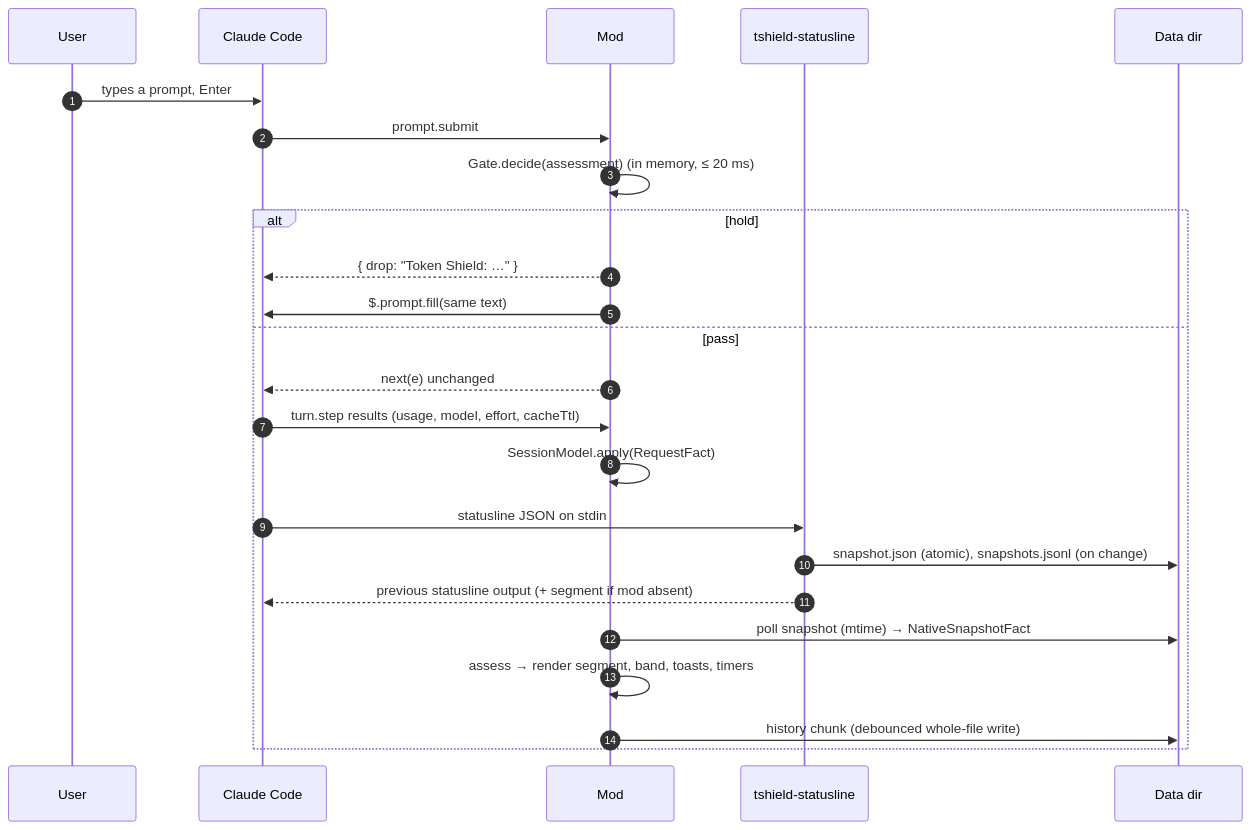
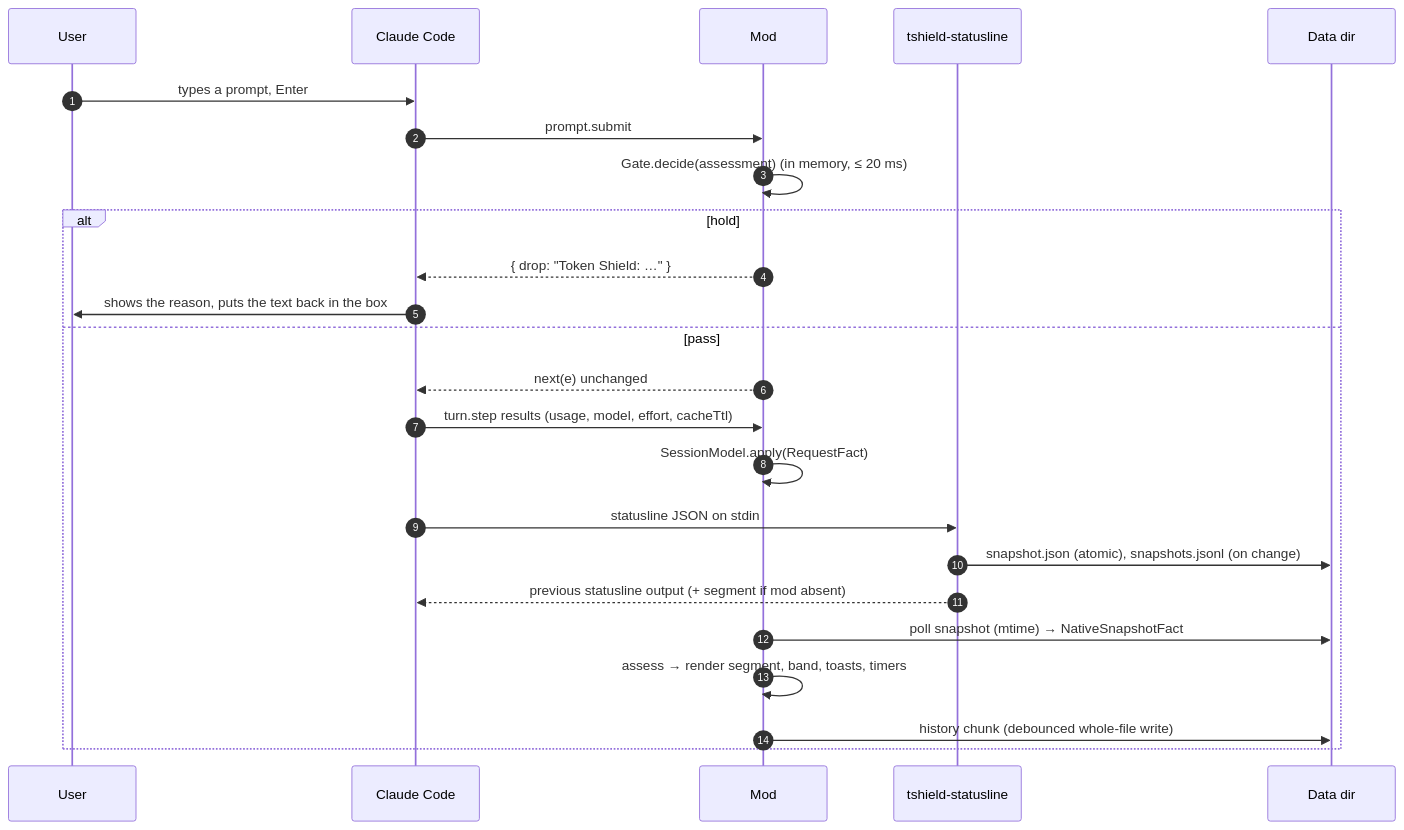
One commit to coreyx/claude-token-shield changed the second of 4 diagrams in spec/claude-token-shield/design.md. Above: the diagram before and after it, drawn with Mermaid. The commit also changed other lines of this file and 2 other files, not shown here.

````diff
--- a/spec/claude-token-shield/design.md
+++ b/spec/claude-token-shield/design.md
@@ -98,27 +98,27 @@
 ```mermaid
 sequenceDiagram
   autonumber
   participant U as User
   participant CC as Claude Code
   participant M as Mod
   participant B as tshield-statusline
   participant S as Data dir
 
   U->>CC: types a prompt, Enter
   CC->>M: prompt.submit
   M->>M: Gate.decide(assessment) (in memory, ≤ 20 ms)
   alt hold
     M-->>CC: { drop: "Token Shield: …" }
-    M->>CC: $.prompt.fill(same text)
+    CC->>U: shows the reason, puts the text back in the box
   else pass
     M-->>CC: next(e) unchanged
     CC->>M: turn.step results (usage, model, effort, cacheTtl)
     M->>M: SessionModel.apply(RequestFact)
     CC->>B: statusline JSON on stdin
     B->>S: snapshot.json (atomic), snapshots.jsonl (on change)
     B-->>CC: previous statusline output (+ segment if mod absent)
     M->>S: poll snapshot (mtime) → NativeSnapshotFact
     M->>M: assess → render segment, band, toasts, timers
     M->>S: history chunk (debounced whole-file write)
   end
 ```
````
